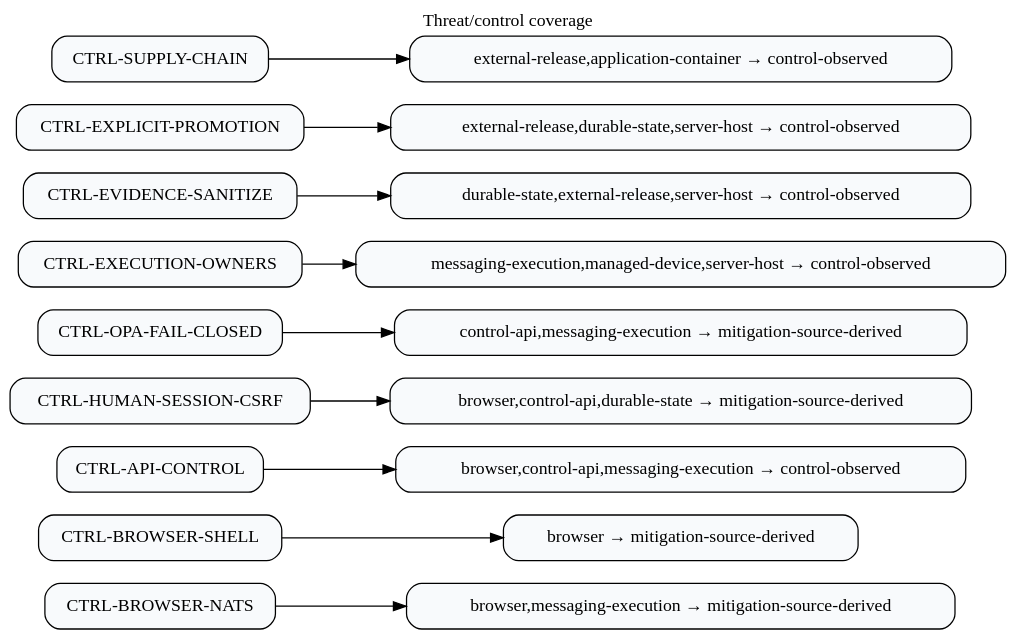
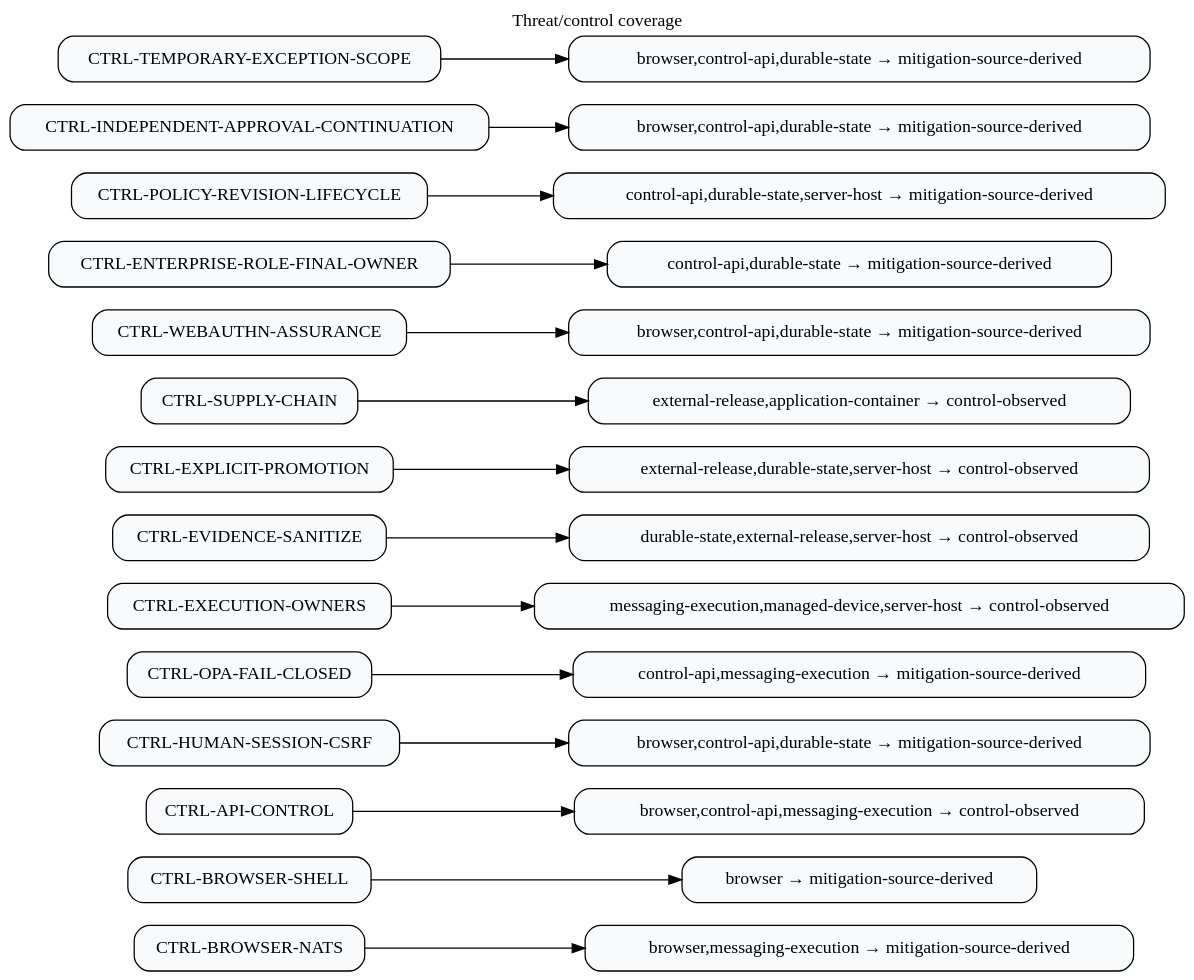
The diagram in docs/generated/assets/enterprise/security-controls.dot (dexter-lab-ctrl/pocket-lab-lite), drawn with Graphviz before and after one commit. The commit also changed 291 other files, not shown here.

```diff
--- a/docs/generated/assets/enterprise/security-controls.dot
+++ b/docs/generated/assets/enterprise/security-controls.dot
@@ -1,13 +1,18 @@
 digraph flow {
   graph [rankdir="LR", bgcolor="transparent", label="Threat/control coverage", labelloc="t"];
   node [shape="box", style="rounded,filled", fillcolor="#f8fafc"];
   n0 [label="CTRL-BROWSER-NATS"]; n0 -> m0; m0 [label="browser,messaging-execution → mitigation-source-derived"];
   n1 [label="CTRL-BROWSER-SHELL"]; n1 -> m1; m1 [label="browser → mitigation-source-derived"];
   n2 [label="CTRL-API-CONTROL"]; n2 -> m2; m2 [label="browser,control-api,messaging-execution → control-observed"];
   n3 [label="CTRL-HUMAN-SESSION-CSRF"]; n3 -> m3; m3 [label="browser,control-api,durable-state → mitigation-source-derived"];
   n4 [label="CTRL-OPA-FAIL-CLOSED"]; n4 -> m4; m4 [label="control-api,messaging-execution → mitigation-source-derived"];
   n5 [label="CTRL-EXECUTION-OWNERS"]; n5 -> m5; m5 [label="messaging-execution,managed-device,server-host → control-observed"];
   n6 [label="CTRL-EVIDENCE-SANITIZE"]; n6 -> m6; m6 [label="durable-state,external-release,server-host → control-observed"];
   n7 [label="CTRL-EXPLICIT-PROMOTION"]; n7 -> m7; m7 [label="external-release,durable-state,server-host → control-observed"];
   n8 [label="CTRL-SUPPLY-CHAIN"]; n8 -> m8; m8 [label="external-release,application-container → control-observed"];
+  n9 [label="CTRL-WEBAUTHN-ASSURANCE"]; n9 -> m9; m9 [label="browser,control-api,durable-state → mitigation-source-derived"];
+  n10 [label="CTRL-ENTERPRISE-ROLE-FINAL-OWNER"]; n10 -> m10; m10 [label="control-api,durable-state → mitigation-source-derived"];
+  n11 [label="CTRL-POLICY-REVISION-LIFECYCLE"]; n11 -> m11; m11 [label="control-api,durable-state,server-host → mitigation-source-derived"];
+  n12 [label="CTRL-INDEPENDENT-APPROVAL-CONTINUATION"]; n12 -> m12; m12 [label="browser,control-api,durable-state → mitigation-source-derived"];
+  n13 [label="CTRL-TEMPORARY-EXCEPTION-SCOPE"]; n13 -> m13; m13 [label="browser,control-api,durable-state → mitigation-source-derived"];
 }
```
